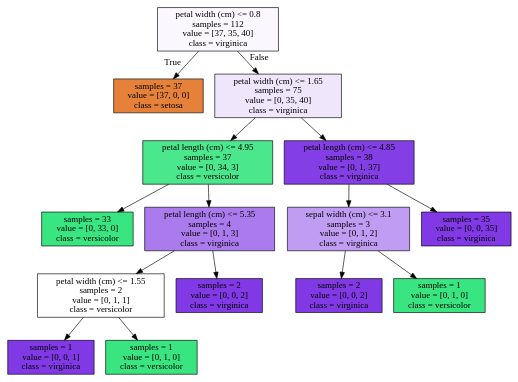
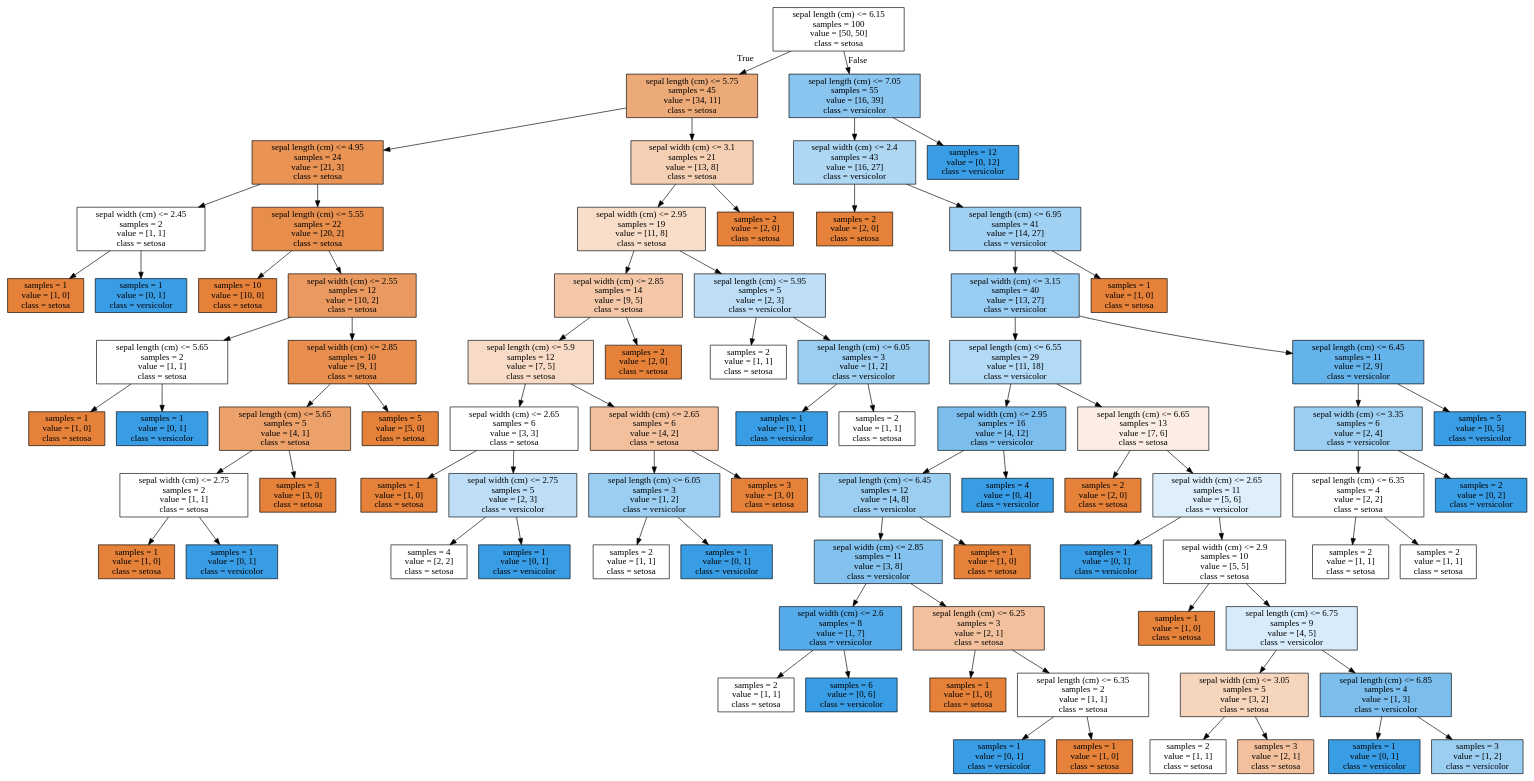
One commit to Heegu-han/AI changed the diagram in tree.dot. Above: the diagram before and after it, drawn with Graphviz. The commit also changed 2 other files, not shown here.

```diff
--- a/tree.dot
+++ b/tree.dot
@@ -1,32 +1,164 @@
 digraph Tree {
 node [shape=box, style="filled", color="black"] ;
-0 [label="petal width (cm) <= 0.8\nsamples = 112\nvalue = [37, 35, 40]\nclass = virginica", fillcolor="#faf7fe"] ;
-1 [label="samples = 37\nvalue = [37, 0, 0]\nclass = setosa", fillcolor="#e58139"] ;
+0 [label="sepal length (cm) <= 6.15\nsamples = 100\nvalue = [50, 50]\nclass = setosa", fillcolor="#ffffff"] ;
+1 [label="sepal length (cm) <= 5.75\nsamples = 45\nvalue = [34, 11]\nclass = setosa", fillcolor="#edaa79"] ;
 0 -> 1 [labeldistance=2.5, labelangle=45, headlabel="True"] ;
-2 [label="petal width (cm) <= 1.65\nsamples = 75\nvalue = [0, 35, 40]\nclass = virginica", fillcolor="#efe6fc"] ;
-0 -> 2 [labeldistance=2.5, labelangle=-45, headlabel="False"] ;
-3 [label="petal length (cm) <= 4.95\nsamples = 37\nvalue = [0, 34, 3]\nclass = versicolor", fillcolor="#4ae78c"] ;
+2 [label="sepal length (cm) <= 4.95\nsamples = 24\nvalue = [21, 3]\nclass = setosa", fillcolor="#e99355"] ;
+1 -> 2 ;
+3 [label="sepal width (cm) <= 2.45\nsamples = 2\nvalue = [1, 1]\nclass = setosa", fillcolor="#ffffff"] ;
 2 -> 3 ;
-4 [label="samples = 33\nvalue = [0, 33, 0]\nclass = versicolor", fillcolor="#39e581"] ;
+4 [label="samples = 1\nvalue = [1, 0]\nclass = setosa", fillcolor="#e58139"] ;
 3 -> 4 ;
-5 [label="petal length (cm) <= 5.35\nsamples = 4\nvalue = [0, 1, 3]\nclass = virginica", fillcolor="#ab7bee"] ;
+5 [label="samples = 1\nvalue = [0, 1]\nclass = versicolor", fillcolor="#399de5"] ;
 3 -> 5 ;
-6 [label="petal width (cm) <= 1.55\nsamples = 2\nvalue = [0, 1, 1]\nclass = versicolor", fillcolor="#ffffff"] ;
-5 -> 6 ;
-7 [label="samples = 1\nvalue = [0, 0, 1]\nclass = virginica", fillcolor="#8139e5"] ;
+6 [label="sepal length (cm) <= 5.55\nsamples = 22\nvalue = [20, 2]\nclass = setosa", fillcolor="#e88e4d"] ;
+2 -> 6 ;
+7 [label="samples = 10\nvalue = [10, 0]\nclass = setosa", fillcolor="#e58139"] ;
 6 -> 7 ;
-8 [label="samples = 1\nvalue = [0, 1, 0]\nclass = versicolor", fillcolor="#39e581"] ;
+8 [label="sepal width (cm) <= 2.55\nsamples = 12\nvalue = [10, 2]\nclass = setosa", fillcolor="#ea9a61"] ;
 6 -> 8 ;
-9 [label="samples = 2\nvalue = [0, 0, 2]\nclass = virginica", fillcolor="#8139e5"] ;
-5 -> 9 ;
-10 [label="petal length (cm) <= 4.85\nsamples = 38\nvalue = [0, 1, 37]\nclass = virginica", fillcolor="#843ee6"] ;
-2 -> 10 ;
-11 [label="sepal width (cm) <= 3.1\nsamples = 3\nvalue = [0, 1, 2]\nclass = virginica", fillcolor="#c09cf2"] ;
-10 -> 11 ;
-12 [label="samples = 2\nvalue = [0, 0, 2]\nclass = virginica", fillcolor="#8139e5"] ;
-11 -> 12 ;
-13 [label="samples = 1\nvalue = [0, 1, 0]\nclass = versicolor", fillcolor="#39e581"] ;
-11 -> 13 ;
-14 [label="samples = 35\nvalue = [0, 0, 35]\nclass = virginica", fillcolor="#8139e5"] ;
-10 -> 14 ;
+9 [label="sepal length (cm) <= 5.65\nsamples = 2\nvalue = [1, 1]\nclass = setosa", fillcolor="#ffffff"] ;
+8 -> 9 ;
+10 [label="samples = 1\nvalue = [1, 0]\nclass = setosa", fillcolor="#e58139"] ;
+9 -> 10 ;
+11 [label="samples = 1\nvalue = [0, 1]\nclass = versicolor", fillcolor="#399de5"] ;
+9 -> 11 ;
+12 [label="sepal width (cm) <= 2.85\nsamples = 10\nvalue = [9, 1]\nclass = setosa", fillcolor="#e88f4f"] ;
+8 -> 12 ;
+13 [label="sepal length (cm) <= 5.65\nsamples = 5\nvalue = [4, 1]\nclass = setosa", fillcolor="#eca06a"] ;
+12 -> 13 ;
+14 [label="sepal width (cm) <= 2.75\nsamples = 2\nvalue = [1, 1]\nclass = setosa", fillcolor="#ffffff"] ;
+13 -> 14 ;
+15 [label="samples = 1\nvalue = [1, 0]\nclass = setosa", fillcolor="#e58139"] ;
+14 -> 15 ;
+16 [label="samples = 1\nvalue = [0, 1]\nclass = versicolor", fillcolor="#399de5"] ;
+14 -> 16 ;
+17 [label="samples = 3\nvalue = [3, 0]\nclass = setosa", fillcolor="#e58139"] ;
+13 -> 17 ;
+18 [label="samples = 5\nvalue = [5, 0]\nclass = setosa", fillcolor="#e58139"] ;
+12 -> 18 ;
+19 [label="sepal width (cm) <= 3.1\nsamples = 21\nvalue = [13, 8]\nclass = setosa", fillcolor="#f5cfb3"] ;
+1 -> 19 ;
+20 [label="sepal width (cm) <= 2.95\nsamples = 19\nvalue = [11, 8]\nclass = setosa", fillcolor="#f8ddc9"] ;
+19 -> 20 ;
+21 [label="sepal width (cm) <= 2.85\nsamples = 14\nvalue = [9, 5]\nclass = setosa", fillcolor="#f3c7a7"] ;
+20 -> 21 ;
+22 [label="sepal length (cm) <= 5.9\nsamples = 12\nvalue = [7, 5]\nclass = setosa", fillcolor="#f8dbc6"] ;
+21 -> 22 ;
+23 [label="sepal width (cm) <= 2.65\nsamples = 6\nvalue = [3, 3]\nclass = setosa", fillcolor="#ffffff"] ;
+22 -> 23 ;
+24 [label="samples = 1\nvalue = [1, 0]\nclass = setosa", fillcolor="#e58139"] ;
+23 -> 24 ;
+25 [label="sepal width (cm) <= 2.75\nsamples = 5\nvalue = [2, 3]\nclass = versicolor", fillcolor="#bddef6"] ;
+23 -> 25 ;
+26 [label="samples = 4\nvalue = [2, 2]\nclass = setosa", fillcolor="#ffffff"] ;
+25 -> 26 ;
+27 [label="samples = 1\nvalue = [0, 1]\nclass = versicolor", fillcolor="#399de5"] ;
+25 -> 27 ;
+28 [label="sepal width (cm) <= 2.65\nsamples = 6\nvalue = [4, 2]\nclass = setosa", fillcolor="#f2c09c"] ;
+22 -> 28 ;
+29 [label="sepal length (cm) <= 6.05\nsamples = 3\nvalue = [1, 2]\nclass = versicolor", fillcolor="#9ccef2"] ;
+28 -> 29 ;
+30 [label="samples = 2\nvalue = [1, 1]\nclass = setosa", fillcolor="#ffffff"] ;
+29 -> 30 ;
+31 [label="samples = 1\nvalue = [0, 1]\nclass = versicolor", fillcolor="#399de5"] ;
+29 -> 31 ;
+32 [label="samples = 3\nvalue = [3, 0]\nclass = setosa", fillcolor="#e58139"] ;
+28 -> 32 ;
+33 [label="samples = 2\nvalue = [2, 0]\nclass = setosa", fillcolor="#e58139"] ;
+21 -> 33 ;
+34 [label="sepal length (cm) <= 5.95\nsamples = 5\nvalue = [2, 3]\nclass = versicolor", fillcolor="#bddef6"] ;
+20 -> 34 ;
+35 [label="samples = 2\nvalue = [1, 1]\nclass = setosa", fillcolor="#ffffff"] ;
+34 -> 35 ;
+36 [label="sepal length (cm) <= 6.05\nsamples = 3\nvalue = [1, 2]\nclass = versicolor", fillcolor="#9ccef2"] ;
+34 -> 36 ;
+37 [label="samples = 1\nvalue = [0, 1]\nclass = versicolor", fillcolor="#399de5"] ;
+36 -> 37 ;
+38 [label="samples = 2\nvalue = [1, 1]\nclass = setosa", fillcolor="#ffffff"] ;
+36 -> 38 ;
+39 [label="samples = 2\nvalue = [2, 0]\nclass = setosa", fillcolor="#e58139"] ;
+19 -> 39 ;
+40 [label="sepal length (cm) <= 7.05\nsamples = 55\nvalue = [16, 39]\nclass = versicolor", fillcolor="#8ac5f0"] ;
+0 -> 40 [labeldistance=2.5, labelangle=-45, headlabel="False"] ;
+41 [label="sepal width (cm) <= 2.4\nsamples = 43\nvalue = [16, 27]\nclass = versicolor", fillcolor="#aed7f4"] ;
+40 -> 41 ;
+42 [label="samples = 2\nvalue = [2, 0]\nclass = setosa", fillcolor="#e58139"] ;
+41 -> 42 ;
+43 [label="sepal length (cm) <= 6.95\nsamples = 41\nvalue = [14, 27]\nclass = versicolor", fillcolor="#a0d0f2"] ;
+41 -> 43 ;
+44 [label="sepal width (cm) <= 3.15\nsamples = 40\nvalue = [13, 27]\nclass = versicolor", fillcolor="#98ccf2"] ;
+43 -> 44 ;
+45 [label="sepal length (cm) <= 6.55\nsamples = 29\nvalue = [11, 18]\nclass = versicolor", fillcolor="#b2d9f5"] ;
+44 -> 45 ;
+46 [label="sepal width (cm) <= 2.95\nsamples = 16\nvalue = [4, 12]\nclass = versicolor", fillcolor="#7bbeee"] ;
+45 -> 46 ;
+47 [label="sepal length (cm) <= 6.45\nsamples = 12\nvalue = [4, 8]\nclass = versicolor", fillcolor="#9ccef2"] ;
+46 -> 47 ;
+48 [label="sepal width (cm) <= 2.85\nsamples = 11\nvalue = [3, 8]\nclass = versicolor", fillcolor="#83c2ef"] ;
+47 -> 48 ;
+49 [label="sepal width (cm) <= 2.6\nsamples = 8\nvalue = [1, 7]\nclass = versicolor", fillcolor="#55abe9"] ;
+48 -> 49 ;
+50 [label="samples = 2\nvalue = [1, 1]\nclass = setosa", fillcolor="#ffffff"] ;
+49 -> 50 ;
+51 [label="samples = 6\nvalue = [0, 6]\nclass = versicolor", fillcolor="#399de5"] ;
+49 -> 51 ;
+52 [label="sepal length (cm) <= 6.25\nsamples = 3\nvalue = [2, 1]\nclass = setosa", fillcolor="#f2c09c"] ;
+48 -> 52 ;
+53 [label="samples = 1\nvalue = [1, 0]\nclass = setosa", fillcolor="#e58139"] ;
+52 -> 53 ;
+54 [label="sepal length (cm) <= 6.35\nsamples = 2\nvalue = [1, 1]\nclass = setosa", fillcolor="#ffffff"] ;
+52 -> 54 ;
+55 [label="samples = 1\nvalue = [0, 1]\nclass = versicolor", fillcolor="#399de5"] ;
+54 -> 55 ;
+56 [label="samples = 1\nvalue = [1, 0]\nclass = setosa", fillcolor="#e58139"] ;
+54 -> 56 ;
+57 [label="samples = 1\nvalue = [1, 0]\nclass = setosa", fillcolor="#e58139"] ;
+47 -> 57 ;
+58 [label="samples = 4\nvalue = [0, 4]\nclass = versicolor", fillcolor="#399de5"] ;
+46 -> 58 ;
+59 [label="sepal length (cm) <= 6.65\nsamples = 13\nvalue = [7, 6]\nclass = setosa", fillcolor="#fbede3"] ;
+45 -> 59 ;
+60 [label="samples = 2\nvalue = [2, 0]\nclass = setosa", fillcolor="#e58139"] ;
+59 -> 60 ;
+61 [label="sepal width (cm) <= 2.65\nsamples = 11\nvalue = [5, 6]\nclass = versicolor", fillcolor="#deeffb"] ;
+59 -> 61 ;
+62 [label="samples = 1\nvalue = [0, 1]\nclass = versicolor", fillcolor="#399de5"] ;
+61 -> 62 ;
+63 [label="sepal width (cm) <= 2.9\nsamples = 10\nvalue = [5, 5]\nclass = setosa", fillcolor="#ffffff"] ;
+61 -> 63 ;
+64 [label="samples = 1\nvalue = [1, 0]\nclass = setosa", fillcolor="#e58139"] ;
+63 -> 64 ;
+65 [label="sepal length (cm) <= 6.75\nsamples = 9\nvalue = [4, 5]\nclass = versicolor", fillcolor="#d7ebfa"] ;
+63 -> 65 ;
+66 [label="sepal width (cm) <= 3.05\nsamples = 5\nvalue = [3, 2]\nclass = setosa", fillcolor="#f6d5bd"] ;
+65 -> 66 ;
+67 [label="samples = 2\nvalue = [1, 1]\nclass = setosa", fillcolor="#ffffff"] ;
+66 -> 67 ;
+68 [label="samples = 3\nvalue = [2, 1]\nclass = setosa", fillcolor="#f2c09c"] ;
+66 -> 68 ;
+69 [label="sepal length (cm) <= 6.85\nsamples = 4\nvalue = [1, 3]\nclass = versicolor", fillcolor="#7bbeee"] ;
+65 -> 69 ;
+70 [label="samples = 1\nvalue = [0, 1]\nclass = versicolor", fillcolor="#399de5"] ;
+69 -> 70 ;
+71 [label="samples = 3\nvalue = [1, 2]\nclass = versicolor", fillcolor="#9ccef2"] ;
+69 -> 71 ;
+72 [label="sepal length (cm) <= 6.45\nsamples = 11\nvalue = [2, 9]\nclass = versicolor", fillcolor="#65b3eb"] ;
+44 -> 72 ;
+73 [label="sepal width (cm) <= 3.35\nsamples = 6\nvalue = [2, 4]\nclass = versicolor", fillcolor="#9ccef2"] ;
+72 -> 73 ;
+74 [label="sepal length (cm) <= 6.35\nsamples = 4\nvalue = [2, 2]\nclass = setosa", fillcolor="#ffffff"] ;
+73 -> 74 ;
+75 [label="samples = 2\nvalue = [1, 1]\nclass = setosa", fillcolor="#ffffff"] ;
+74 -> 75 ;
+76 [label="samples = 2\nvalue = [1, 1]\nclass = setosa", fillcolor="#ffffff"] ;
+74 -> 76 ;
+77 [label="samples = 2\nvalue = [0, 2]\nclass = versicolor", fillcolor="#399de5"] ;
+73 -> 77 ;
+78 [label="samples = 5\nvalue = [0, 5]\nclass = versicolor", fillcolor="#399de5"] ;
+72 -> 78 ;
+79 [label="samples = 1\nvalue = [1, 0]\nclass = setosa", fillcolor="#e58139"] ;
+43 -> 79 ;
+80 [label="samples = 12\nvalue = [0, 12]\nclass = versicolor", fillcolor="#399de5"] ;
+40 -> 80 ;
 }
```
